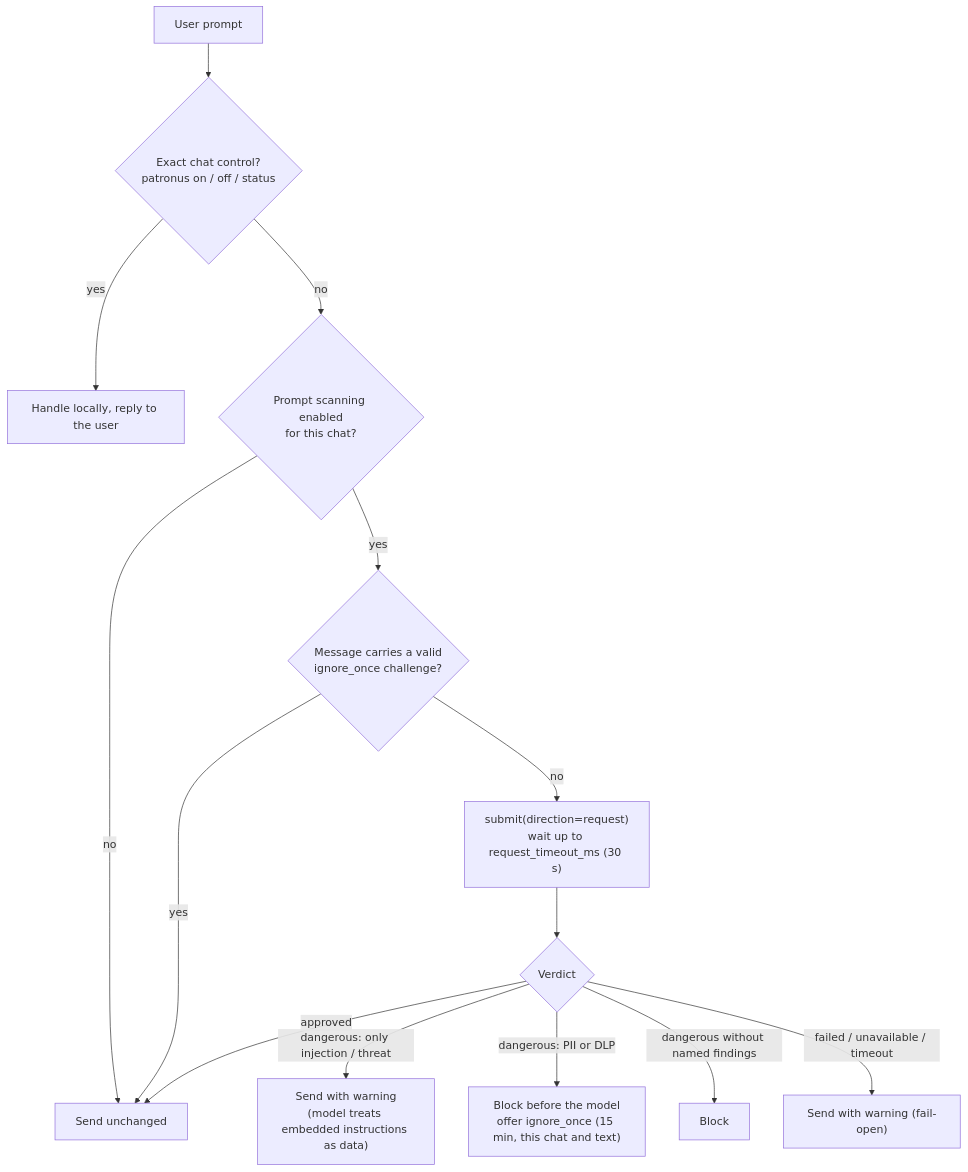
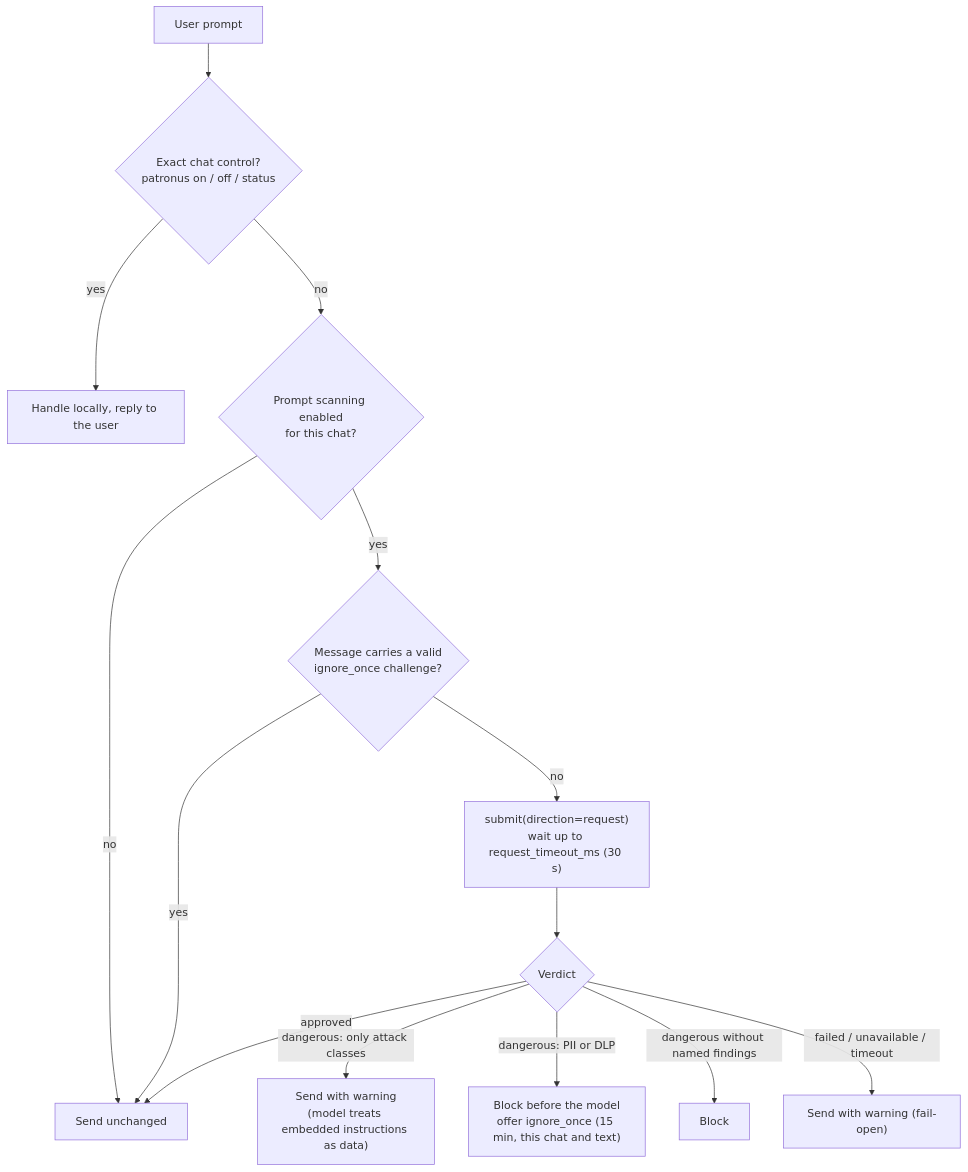
The fourth of 9 diagrams in docs/runtime-flows.md (patronus-protect/patronus-security-cli), drawn with Mermaid before and after one commit. The commit also changed other lines of this file and 79 other files, not shown here.

````diff
--- a/docs/runtime-flows.md
+++ b/docs/runtime-flows.md
@@ -169,16 +169,16 @@
 ```mermaid
 flowchart TD
   P["User prompt"] --> C{"Exact chat control?<br/>patronus on / off / status"}
   C -- yes --> Ctl["Handle locally, reply to the user"]
   C -- no --> E{"Prompt scanning enabled<br/>for this chat?"}
   E -- no --> Send["Send unchanged"]
   E -- yes --> I{"Message carries a valid<br/>ignore_once challenge?"}
   I -- yes --> Send
   I -- no --> S["submit(direction=request)<br/>wait up to request_timeout_ms (30 s)"]
   S --> V{"Verdict"}
   V -- approved --> Send
-  V -- "dangerous: only injection / threat" --> W["Send with warning<br/>(model treats embedded instructions as data)"]
+  V -- "dangerous: only attack classes" --> W["Send with warning<br/>(model treats embedded instructions as data)"]
   V -- "dangerous: PII or DLP" --> X["Block before the model<br/>offer ignore_once (15 min, this chat and text)"]
   V -- "dangerous without named findings" --> Y["Block"]
   V -- "failed / unavailable / timeout" --> F["Send with warning (fail-open)"]
 ```
````
